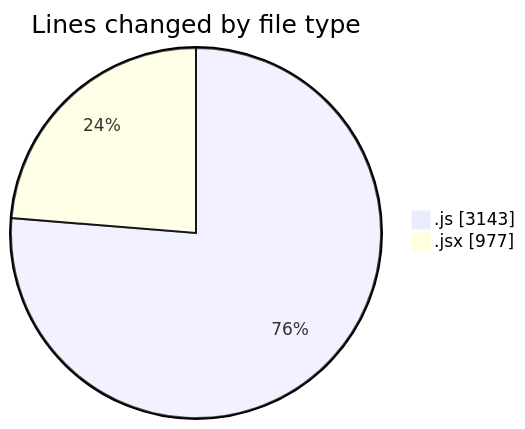
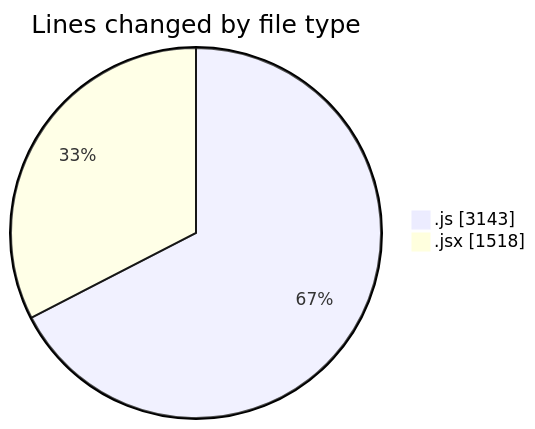
The first of 2 diagrams in 2025-08-13/nxtqube_webapp/README.md (nxtqubesakshisongat/code-tracking), drawn with Mermaid before and after one commit. The commit also changed other lines of this file and 1 other file, not shown here.

````diff
--- a/2025-08-13/nxtqube_webapp/README.md
+++ b/2025-08-13/nxtqube_webapp/README.md
@@ -22,6 +23,6 @@
 ```mermaid
 pie showData
 title Lines changed by file type
 ".js" : 3143
-".jsx" : 977
+".jsx" : 1518
 ```
````
